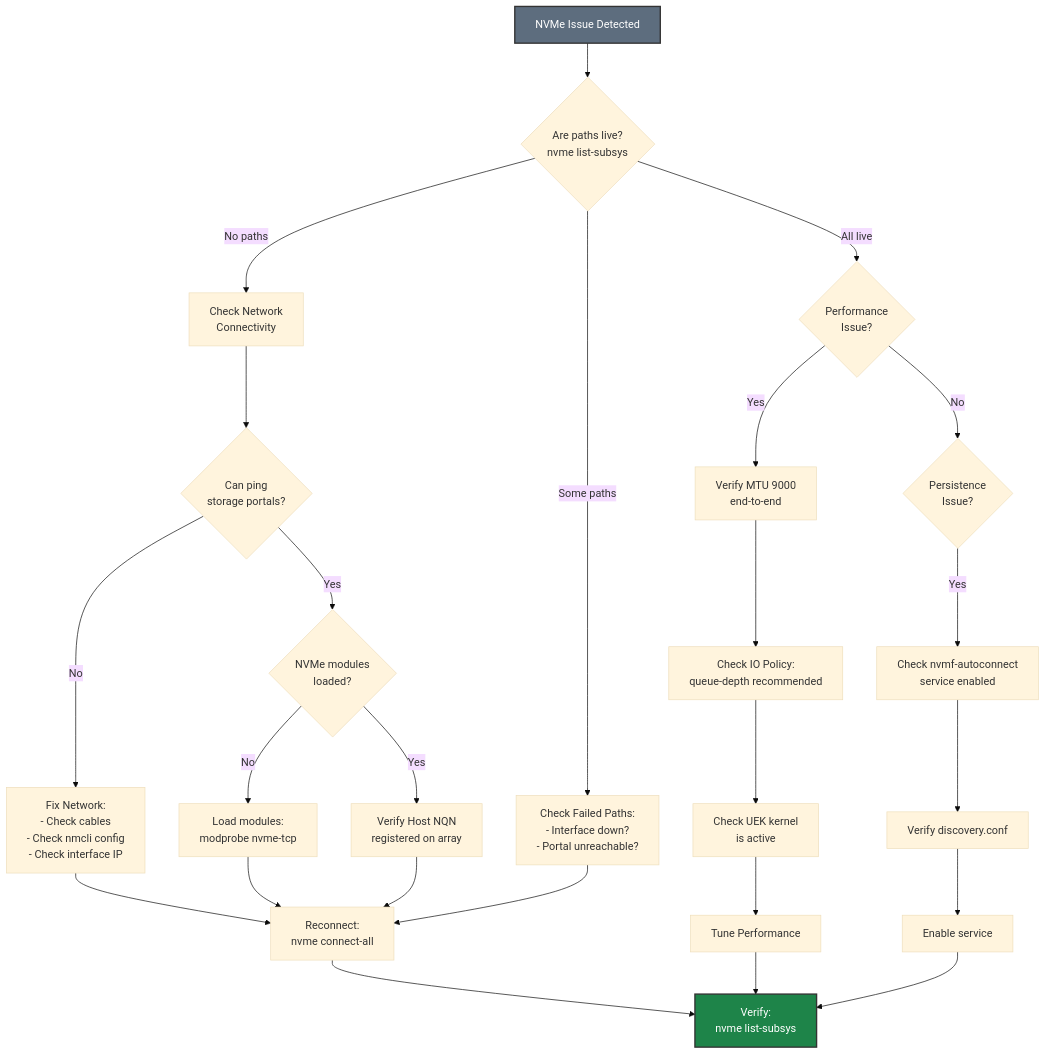
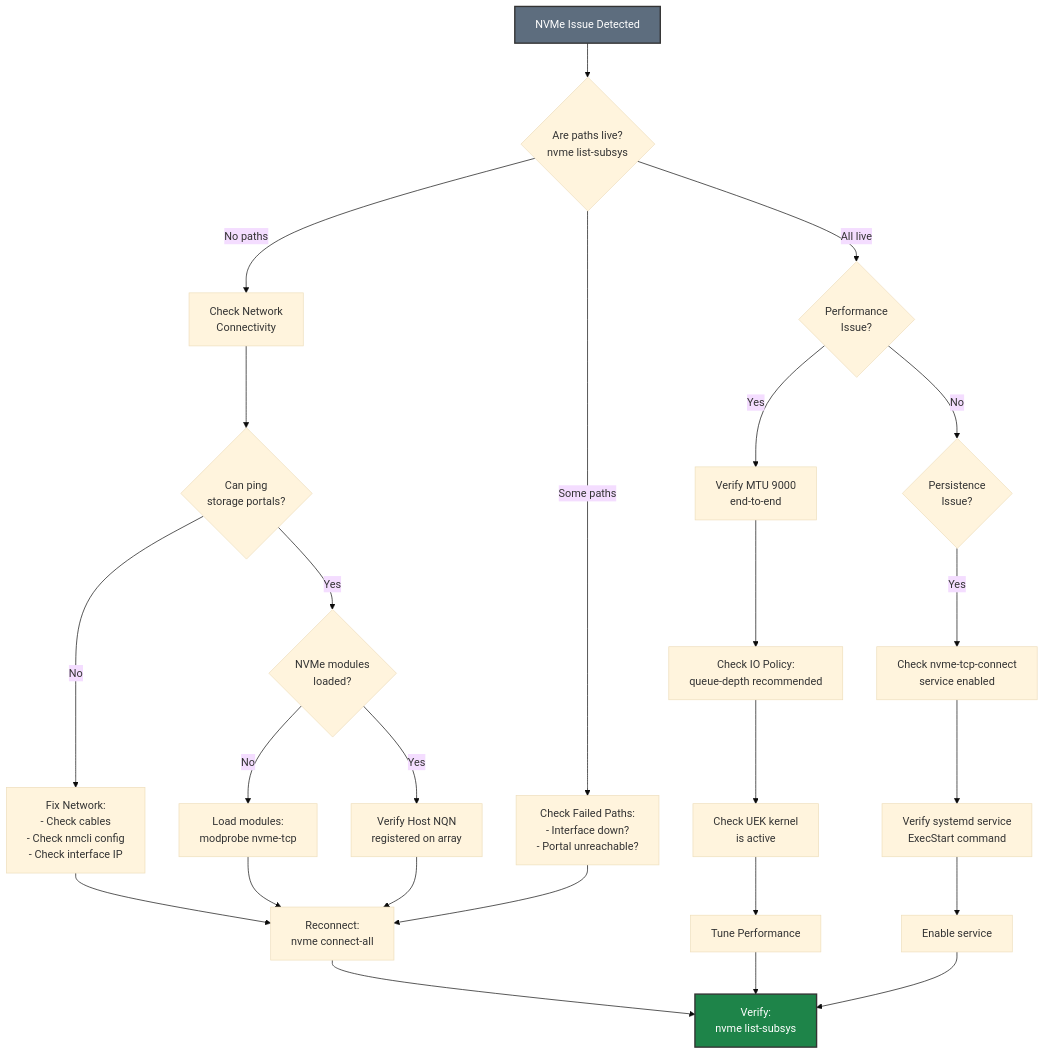
The fourth of 4 diagrams in distributions/oracle/nvme-tcp/BEST-PRACTICES.md (khensler/Quickstart-Guides), drawn with Mermaid (base theme) before and after one commit. The commit also changed other lines of this file and 2 other files, not shown here.

````diff
--- a/distributions/oracle/nvme-tcp/BEST-PRACTICES.md
+++ b/distributions/oracle/nvme-tcp/BEST-PRACTICES.md
@@ -950,40 +950,40 @@
 ```mermaid
 graph TD
     START[NVMe Issue Detected]
 
     START --> CHECK_PATHS{Are paths live?<br/>nvme list-subsys}
 
     CHECK_PATHS -->|No paths| CHECK_NET[Check Network<br/>Connectivity]
     CHECK_NET --> PING{Can ping<br/>storage portals?}
     PING -->|No| FIX_NET[Fix Network:<br/>- Check cables<br/>- Check nmcli config<br/>- Check interface IP]
     PING -->|Yes| CHECK_MOD{NVMe modules<br/>loaded?}
     CHECK_MOD -->|No| LOAD_MOD[Load modules:<br/>modprobe nvme-tcp]
     CHECK_MOD -->|Yes| CHECK_NQN[Verify Host NQN<br/>registered on array]
 
     CHECK_PATHS -->|Some paths| CHECK_PARTIAL[Check Failed Paths:<br/>- Interface down?<br/>- Portal unreachable?]
 
     CHECK_PATHS -->|All live| CHECK_PERF{Performance<br/>Issue?}
 
     CHECK_PERF -->|Yes| CHECK_MTU[Verify MTU 9000<br/>end-to-end]
     CHECK_MTU --> CHECK_POLICY[Check IO Policy:<br/>queue-depth recommended]
     CHECK_POLICY --> CHECK_KERNEL[Check UEK kernel<br/>is active]
 
     CHECK_PERF -->|No| CHECK_PERSIST{Persistence<br/>Issue?}
 
-    CHECK_PERSIST -->|Yes| CHECK_SERVICE[Check nvmf-autoconnect<br/>service enabled]
-    CHECK_SERVICE --> CHECK_CONFIG[Verify discovery.conf]
+    CHECK_PERSIST -->|Yes| CHECK_SERVICE[Check nvme-tcp-connect<br/>service enabled]
+    CHECK_SERVICE --> CHECK_CONFIG[Verify systemd service<br/>ExecStart command]
 
     FIX_NET --> RECONNECT[Reconnect:<br/>nvme connect-all]
     LOAD_MOD --> RECONNECT
     CHECK_NQN --> RECONNECT
     CHECK_PARTIAL --> RECONNECT
     CHECK_KERNEL --> TUNE[Tune Performance]
     CHECK_CONFIG --> ENABLE[Enable service]
 
     RECONNECT --> VERIFY[Verify:<br/>nvme list-subsys]
     TUNE --> VERIFY
     ENABLE --> VERIFY
 
     style START fill:#5d6d7e,stroke:#333,stroke-width:2px,color:#fff
     style VERIFY fill:#1e8449,stroke:#333,stroke-width:2px,color:#fff
 ```
````
